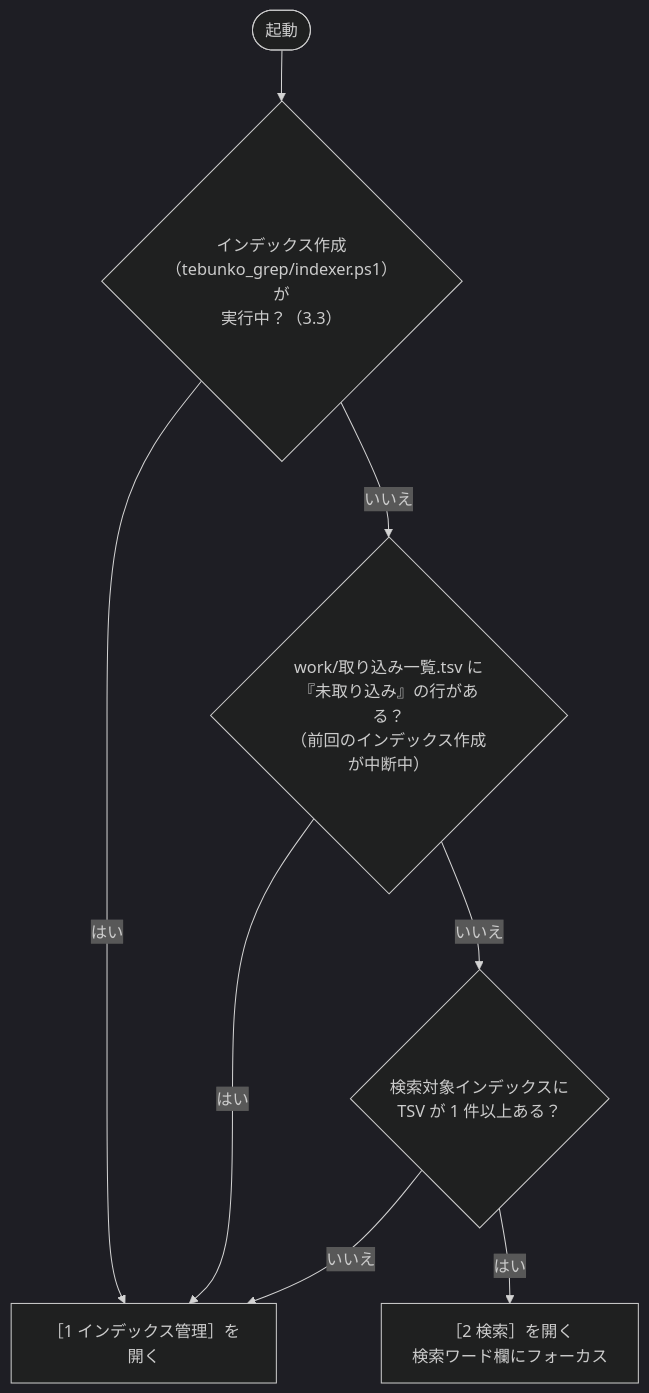
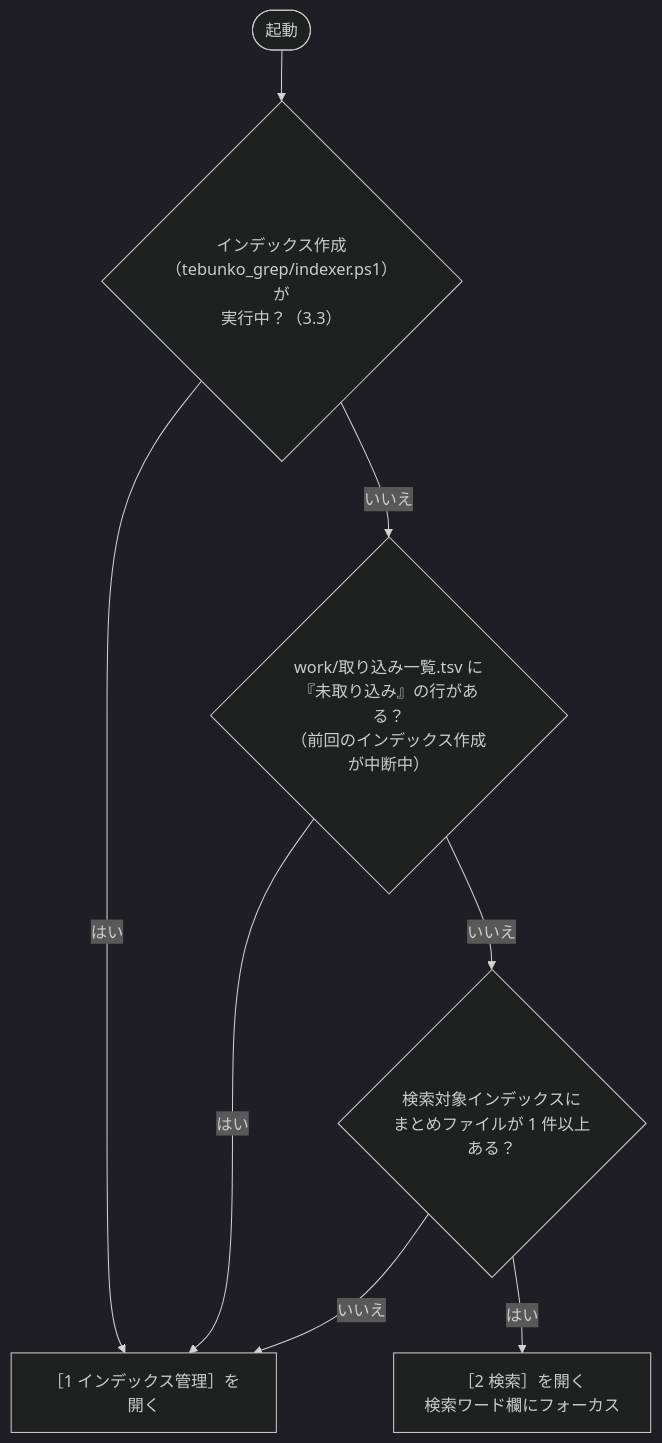
The diagram in docs/03_画面.md (hsgwa/tebunko), drawn with Mermaid (dark theme) before and after one commit. The commit also changed other lines of this file and 49 other files, not shown here.

````diff
--- a/docs/03_画面.md
+++ b/docs/03_画面.md
@@ -96,10 +96,10 @@
 ```mermaid
 flowchart TD
     S(["起動"]) --> R{"インデックス作成（tebunko_grep/indexer.ps1）が<br>実行中？（3.3）"}
     R -- はい --> T1
     R -- いいえ --> A{"work/取り込み一覧.tsv に『未取り込み』の行がある？<br>（前回のインデックス作成が中断中）"}
     A -- はい --> T1["［1 インデックス管理］を開く"]
-    A -- いいえ --> B{"検索対象インデックスに<br>TSV が 1 件以上ある？"}
+    A -- いいえ --> B{"検索対象インデックスに<br>まとめファイルが 1 件以上ある？"}
     B -- いいえ --> T1
     B -- はい --> T2["［2 検索］を開く<br>検索ワード欄にフォーカス"]
 ```
````
